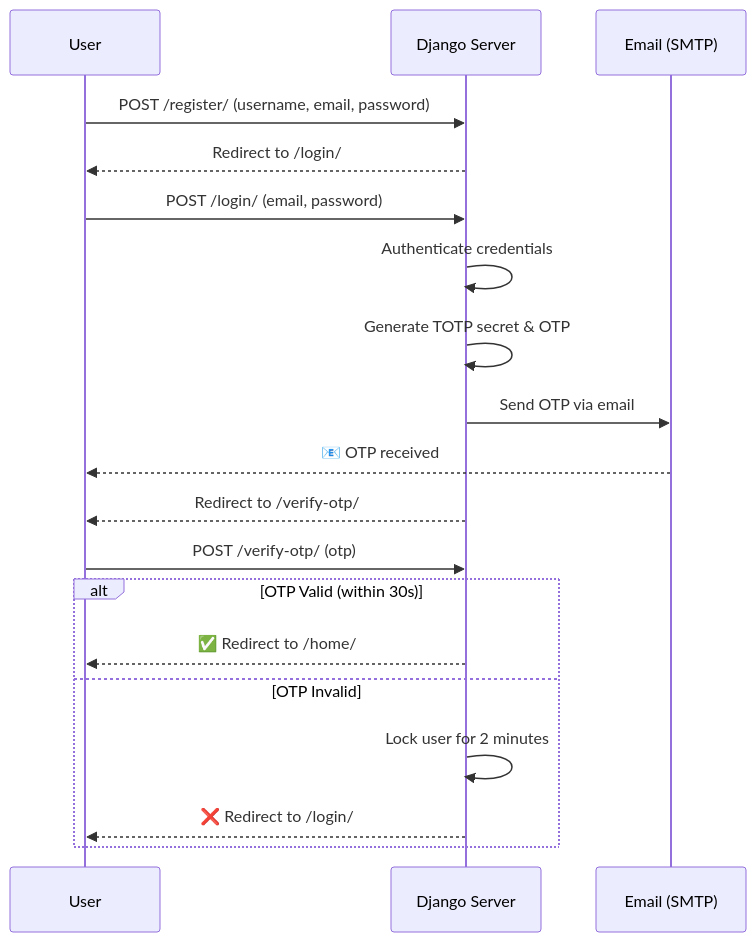
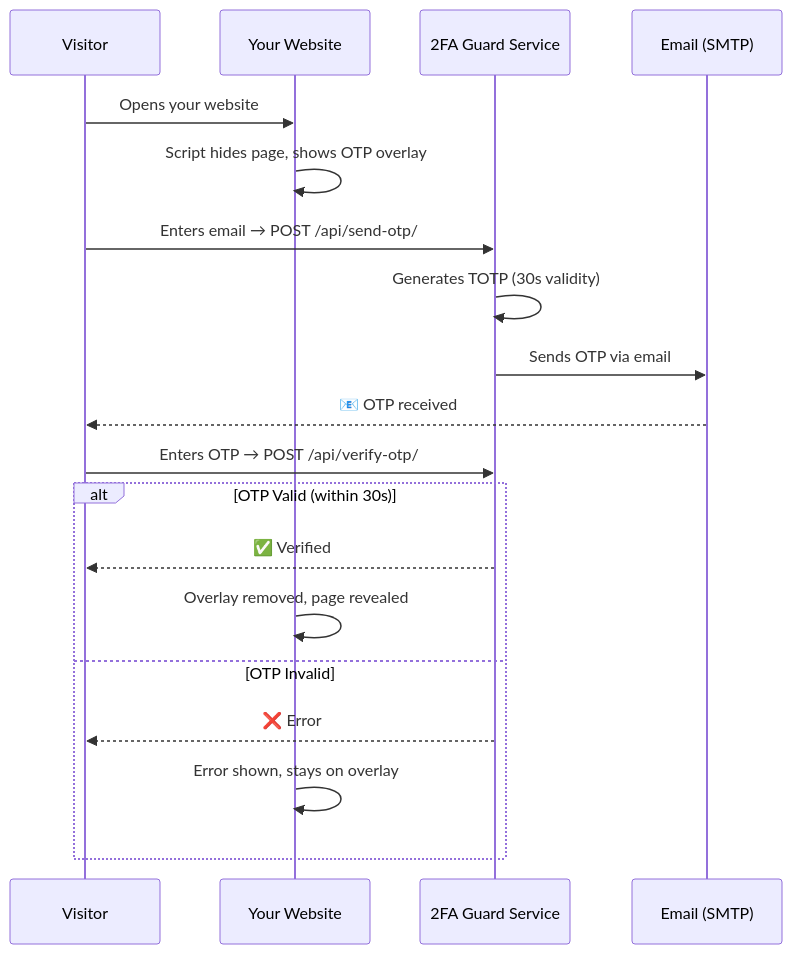
Before and after one commit to multiverseweb/2FA: the first of 2 diagrams in README.md, drawn with Mermaid. The commit also changed other lines of this file and 28 other files, not shown here.

````diff
--- a/README.md
+++ b/README.md
@@ -84,24 +52,22 @@
 ```mermaid
 sequenceDiagram
-    participant U as User
-    participant D as Django Server
+    participant V as Visitor
+    participant W as Your Website
+    participant S as 2FA Guard Service
     participant E as Email (SMTP)
 
-    U->>D: POST /register/ (username, email, password)
-    D-->>U: Redirect to /login/
-
-    U->>D: POST /login/ (email, password)
-    D->>D: Authenticate credentials
-    D->>D: Generate TOTP secret & OTP
-    D->>E: Send OTP via email
-    E-->>U: 📧 OTP received
-    D-->>U: Redirect to /verify-otp/
-
-    U->>D: POST /verify-otp/ (otp)
+    V->>W: Opens your website
+    W->>W: Script hides page, shows OTP overlay
+    V->>S: Enters email → POST /api/send-otp/
+    S->>S: Generates TOTP (30s validity)
+    S->>E: Sends OTP via email
+    E-->>V: 📧 OTP received
+    V->>S: Enters OTP → POST /api/verify-otp/
     alt OTP Valid (within 30s)
-        D-->>U: ✅ Redirect to /home/
+        S-->>V: ✅ Verified
+        W->>W: Overlay removed, page revealed
     else OTP Invalid
-        D->>D: Lock user for 2 minutes
-        D-->>U: ❌ Redirect to /login/
+        S-->>V: ❌ Error
+        W->>W: Error shown, stays on overlay
     end
 ```
````
